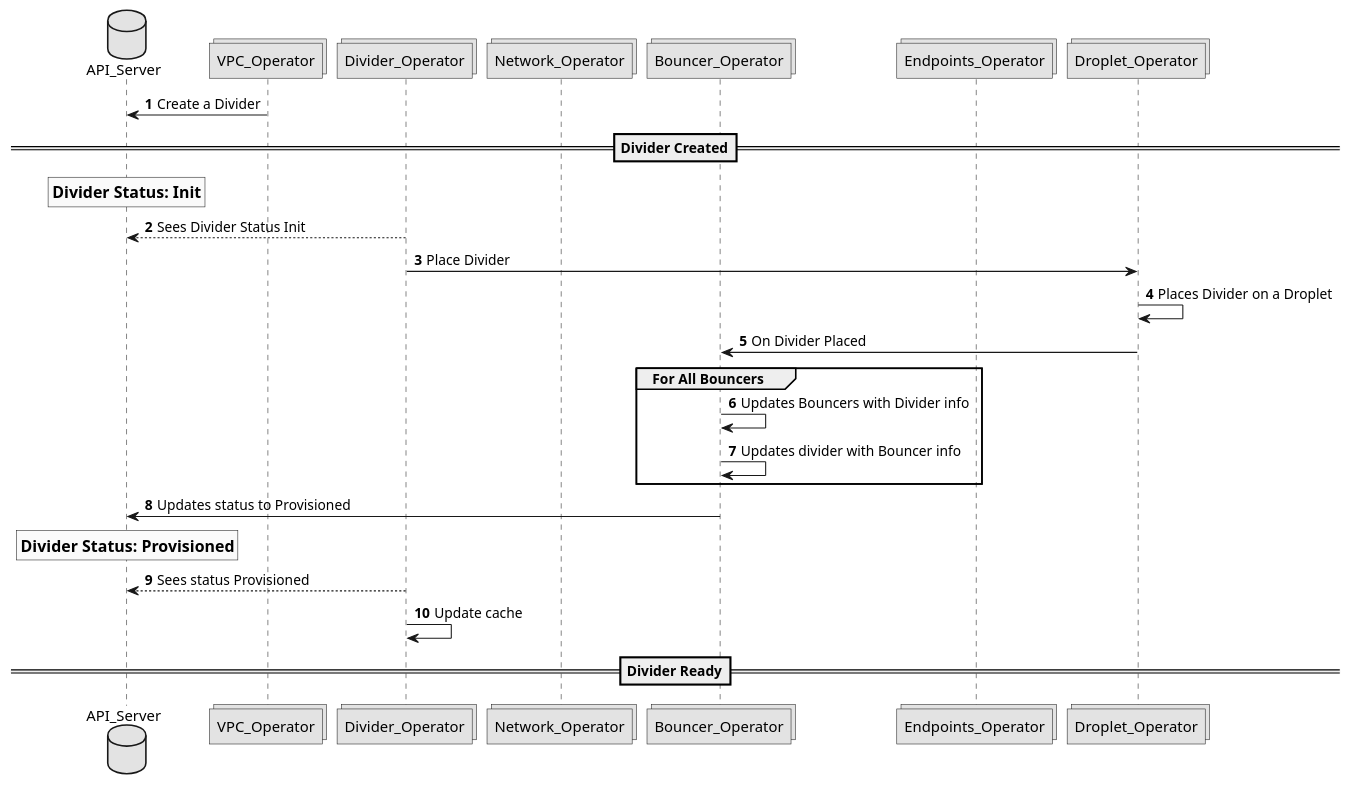
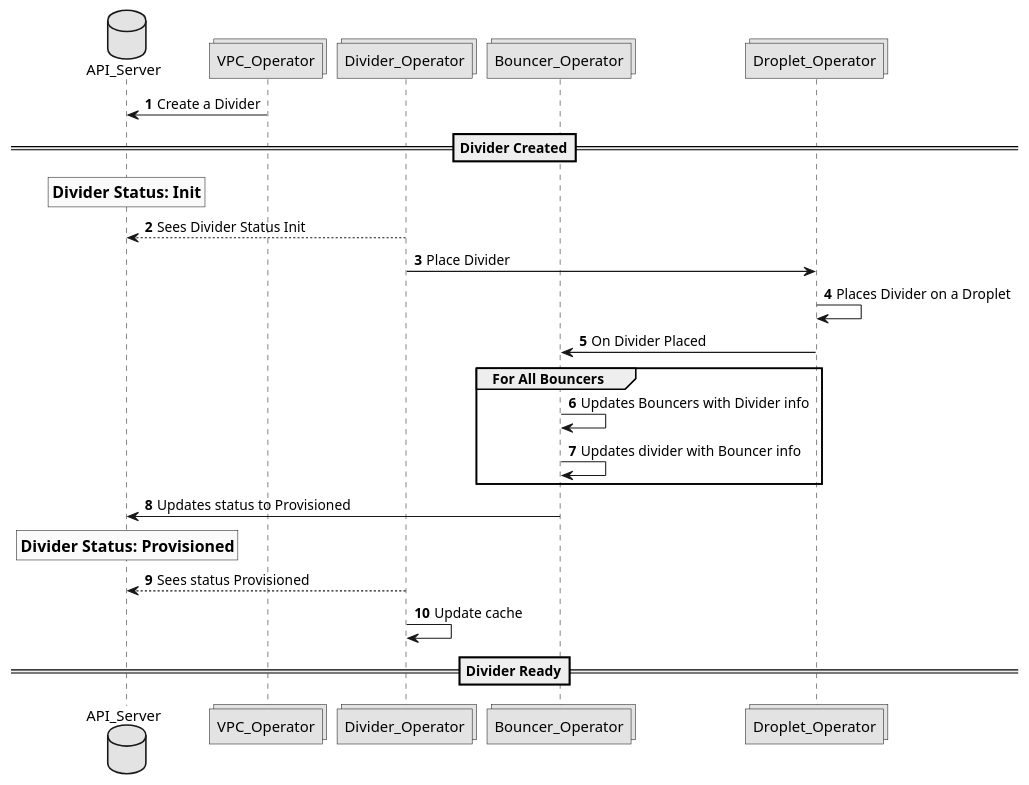
Before and after one commit to CentaurusInfra/mizar: the diagram in docs/design/puml/create_divider_workflow.puml, drawn with PlantUML. The commit also changed 3 other files, not shown here.

```diff
--- a/docs/design/puml/create_divider_workflow.puml
+++ b/docs/design/puml/create_divider_workflow.puml
@@ -1,31 +1,29 @@
 @startuml
 
 skinparam monochrome true
 autonumber
 
 database API_Server
 collections VPC_Operator
 collections Divider_Operator
-collections Network_Operator
 collections Bouncer_Operator
-collections Endpoints_Operator
 collections Droplet_Operator
 
 VPC_Operator -> API_Server: Create a Divider
 ==Divider Created==
 rnote over API_Server: ==Divider Status: Init
 
 Divider_Operator --> API_Server: Sees Divider Status Init
 Divider_Operator -> Droplet_Operator: Place Divider
 Droplet_Operator -> Droplet_Operator: Places Divider on a Droplet
 Droplet_Operator -> Bouncer_Operator: On Divider Placed
 group For All Bouncers
 Bouncer_Operator -> Bouncer_Operator: Updates Bouncers with Divider info
 Bouncer_Operator -> Bouncer_Operator: Updates divider with Bouncer info
 end
 Bouncer_Operator -> API_Server: Updates status to Provisioned
 rnote over API_Server: ==Divider Status: Provisioned
 Divider_Operator --> API_Server: Sees status Provisioned
 Divider_Operator -> Divider_Operator: Update cache
 ==Divider Ready==
 @enduml
```
